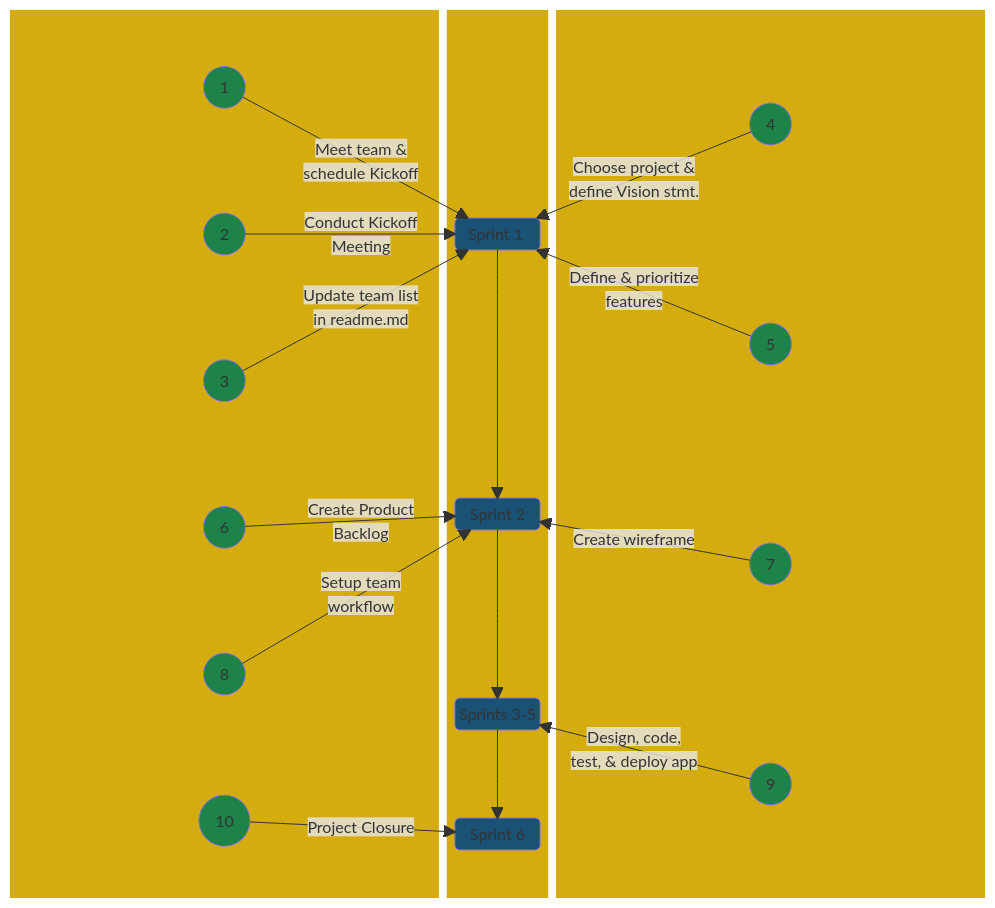
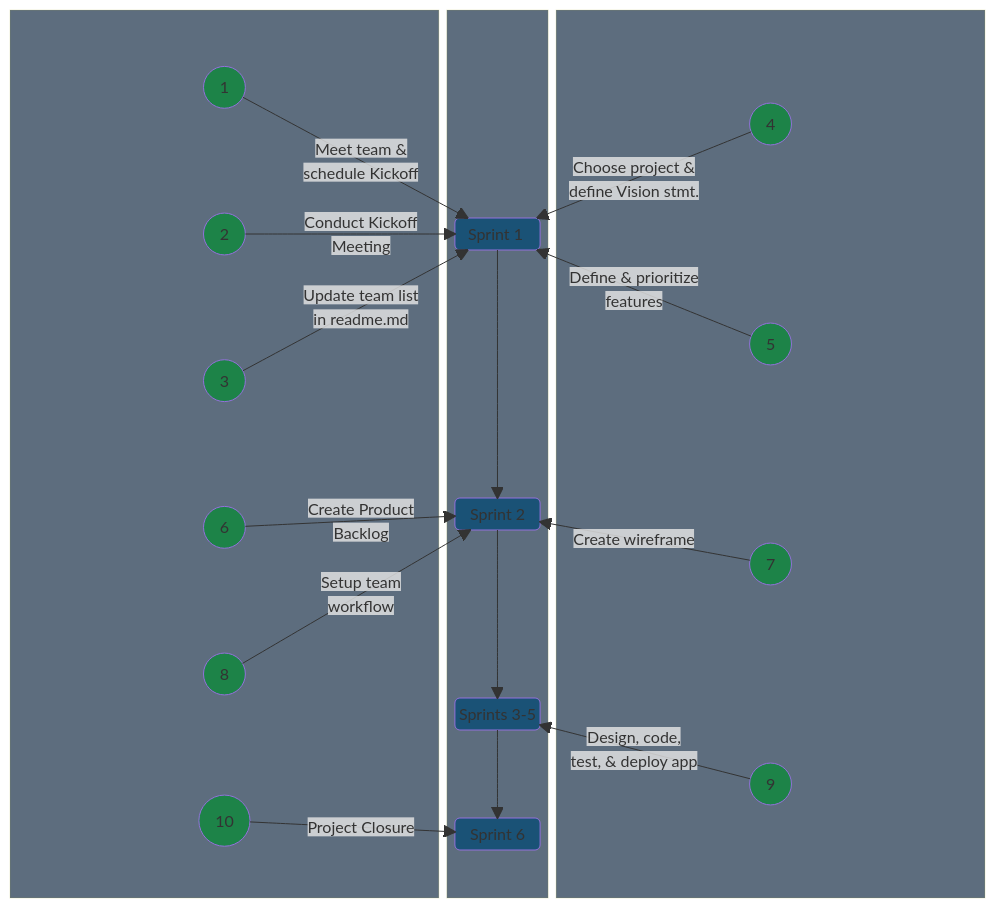
One commit to jdmedlock/mermaid_testing changed the diagram in README.md. Above: the diagram before and after it, drawn with Mermaid.

Commit message:
Feature: Recreate linear sprint diagram

````diff
--- a/README.md
+++ b/README.md
@@ -4,80 +4,80 @@
 ```mermaid
   block-beta
     columns 9
     block:LEFT:4
       columns 1
       A1(("&nbsp;&nbsp; 1 &nbsp;&nbsp;"))
       A2(("&nbsp;&nbsp; 2 &nbsp;&nbsp;"))
       A3(("&nbsp;&nbsp; 3 &nbsp;&nbsp;"))
       A6(("&nbsp;&nbsp; 6 &nbsp;&nbsp;"))
       A8(("&nbsp;&nbsp; 8 &nbsp;&nbsp;"))
       A10(("&nbsp;&nbsp; 10 &nbsp;&nbsp;"))
     end
     
     block:CENTER:1
       columns 1
       space
       space
       space
       space
       space
       SPRINT1("Sprint 1&nbsp;")
       space
       space
       space
       space
       space
       space
       SPRINT2("Sprint 2")
       space
       space
       space
       space
       SPRINT35("Sprints 3-5")
       space
       space
       SPRINT6("Sprint 6")
       space
     end
     
     block:RIGHT:4
       columns 1
       A4(("&nbsp;&nbsp; 4 &nbsp;&nbsp;"))
       A5(("&nbsp;&nbsp; 5 &nbsp;&nbsp;"))
       A7(("&nbsp;&nbsp; 7 &nbsp;&nbsp;"))
       A9(("&nbsp;&nbsp; 9 &nbsp;&nbsp;"))
     end
 
     SPRINT1 --> SPRINT2
     SPRINT2 --> SPRINT35
     SPRINT35 --> SPRINT6
 
     A1 -- "Meet team &</br>schedule Kickoff" --> SPRINT1
     A2 -- "Conduct Kickoff</br>Meeting" --> SPRINT1
     A3 -- "Update team list</br>in readme.md" --> SPRINT1
     A4 -- "Choose project &</br>define Vision stmt." --> SPRINT1
     A5 -- "Define & prioritize</br>features" --> SPRINT1
     A6 -- "Create Product</br>Backlog" --> SPRINT2
     A7 -- "Create wireframe" --> SPRINT2
     A8 -- "Setup team</br>workflow" --> SPRINT2
     A9 -- "Design, code,</br>test, & deploy app" --> SPRINT35
     A10 -- "Project Closure" --> SPRINT6
 
-    style LEFT fill:#d4ac0d
-    style CENTER fill:#d4ac0d
-    style RIGHT fill:#d4ac0d
+    style LEFT fill:#5d6d7e
+    style CENTER fill:#5d6d7e
+    style RIGHT fill:#5d6d7e
     style A1 fill:#1d8348
     style A2 fill:#1d8348
     style A3 fill:#1d8348
     style A4 fill:#1d8348
     style A5 fill:#1d8348
     style A6 fill:#1d8348
     style A7 fill:#1d8348
     style A8 fill:#1d8348
     style A9 fill:#1d8348
     style A10 fill:#1d8348
     style SPRINT1 fill:#1a5276
     style SPRINT2 fill:#1a5276
     style SPRINT35 fill:#1a5276
     style SPRINT6 fill:#1a5276
 ```
````
